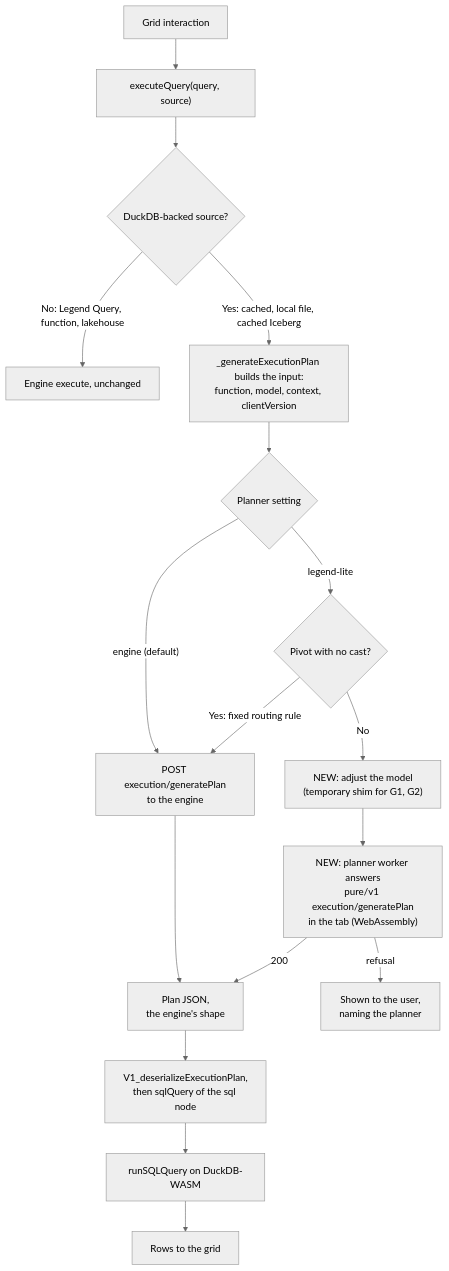
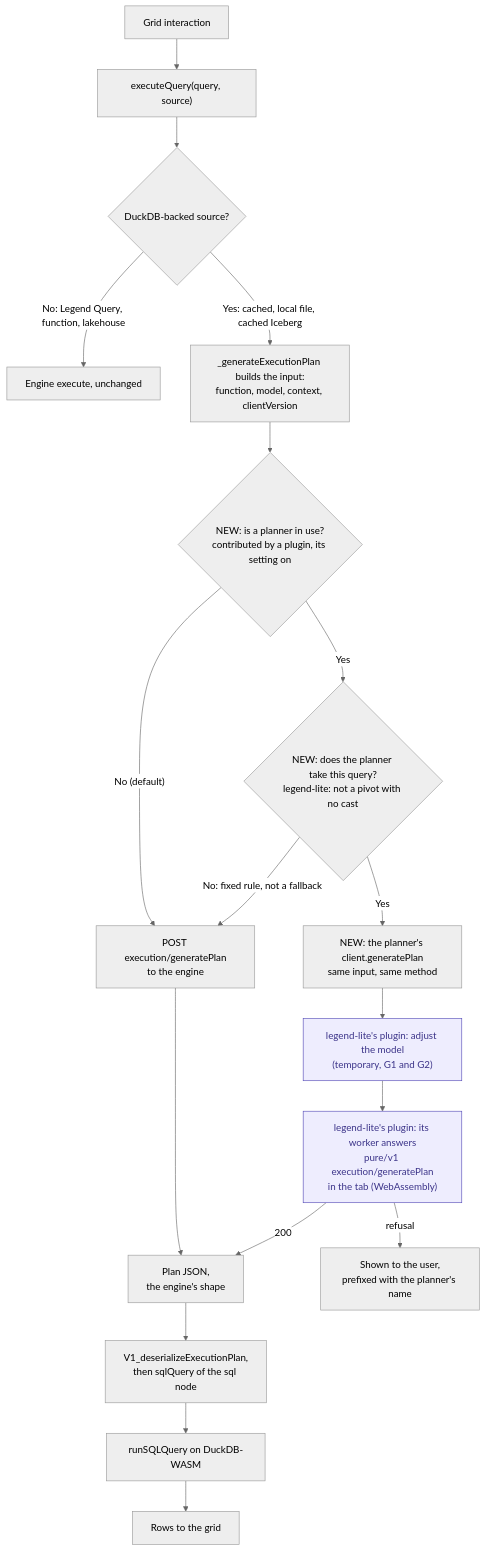
The second of 3 diagrams in docs/LEGEND_STUDIO_INTEGRATION_PROPOSAL_2026_11_18.md (MauricioUyaguari/legend-lite), drawn with Mermaid (neutral theme) before and after one commit. The commit also changed other lines of this file and 4 other files, not shown here.

First line of the commit message:
docs: the legend-studio proposal synced with discussion #5930 -- a hook and a plugin, one setting, no shadow mode

````diff
--- a/docs/LEGEND_STUDIO_INTEGRATION_PROPOSAL_2026_11_18.md
+++ b/docs/LEGEND_STUDIO_INTEGRATION_PROPOSAL_2026_11_18.md
@@ -248,19 +297,22 @@
 ```mermaid
 flowchart TD
     A["Grid interaction"] --> B["executeQuery(query, source)"]
     B --> C{"DuckDB-backed source?"}
     C -- "No: Legend Query, function, lakehouse" --> E1["Engine execute, unchanged"]
     C -- "Yes: cached, local file, cached Iceberg" --> D["_generateExecutionPlan builds the input:<br/>function, model, context, clientVersion"]
-    D --> S{"Planner setting"}
-    S -- "engine (default)" --> ENG["POST execution/generatePlan<br/>to the engine"]
-    S -- "legend-lite" --> P{"Pivot with no cast?"}
-    P -- "Yes: fixed routing rule" --> ENG
-    P -- "No" --> SHIM["NEW: adjust the model<br/>(temporary shim for G1, G2)"]
-    SHIM --> W["NEW: planner worker answers<br/>pure/v1 execution/generatePlan<br/>in the tab (WebAssembly)"]
+    D --> S{"NEW: is a planner in use?<br/>contributed by a plugin, its setting on"}
+    S -- "No (default)" --> ENG["POST execution/generatePlan<br/>to the engine"]
+    S -- "Yes" --> P{"NEW: does the planner take this query?<br/>legend-lite: not a pivot with no cast"}
+    P -- "No: fixed rule, not a fallback" --> ENG
+    P -- "Yes" --> CL["NEW: the planner's client.generatePlan<br/>same input, same method"]
+    CL --> SHIM["legend-lite's plugin: adjust the model<br/>(temporary, G1 and G2)"]
+    SHIM --> W["legend-lite's plugin: its worker answers<br/>pure/v1 execution/generatePlan<br/>in the tab (WebAssembly)"]
     W -- "200" --> PLAN["Plan JSON,<br/>the engine's shape"]
-    W -- "refusal" --> ERR["Shown to the user,<br/>naming the planner"]
+    W -- "refusal" --> ERR["Shown to the user,<br/>prefixed with the planner's name"]
     ENG --> PLAN
     PLAN --> X["V1_deserializeExecutionPlan,<br/>then sqlQuery of the sql node"]
     X --> DB["runSQLQuery on DuckDB-WASM"]
     DB --> R["Rows to the grid"]
+    classDef plugin fill:#EEEDFE,stroke:#534AB7,color:#3C3489
+    class SHIM,W plugin
 ```
````
